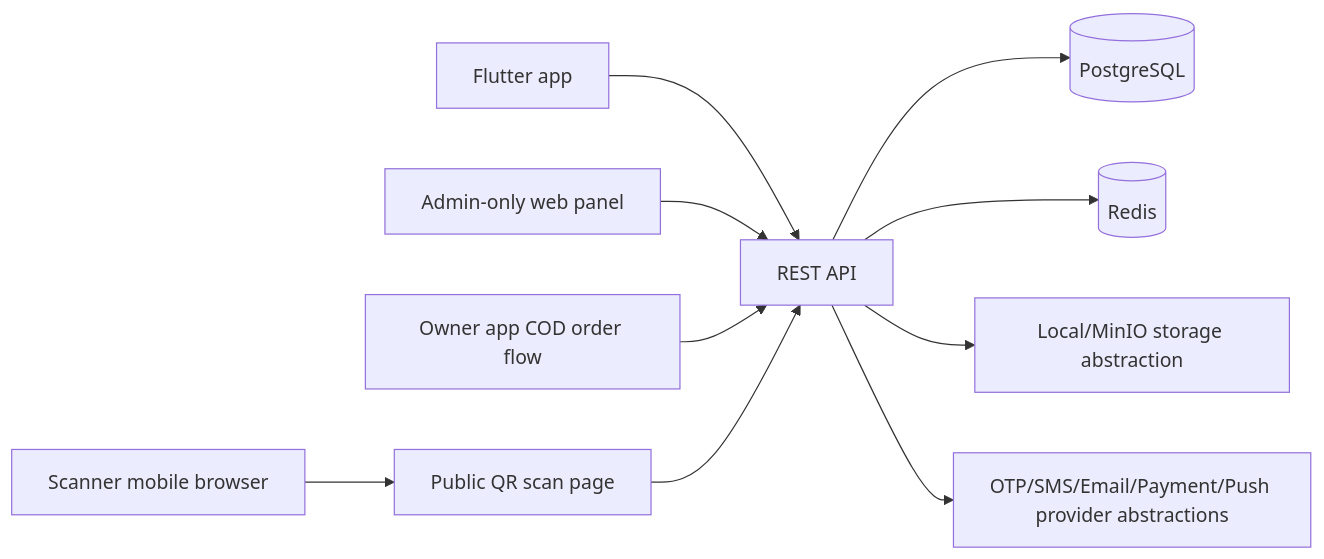
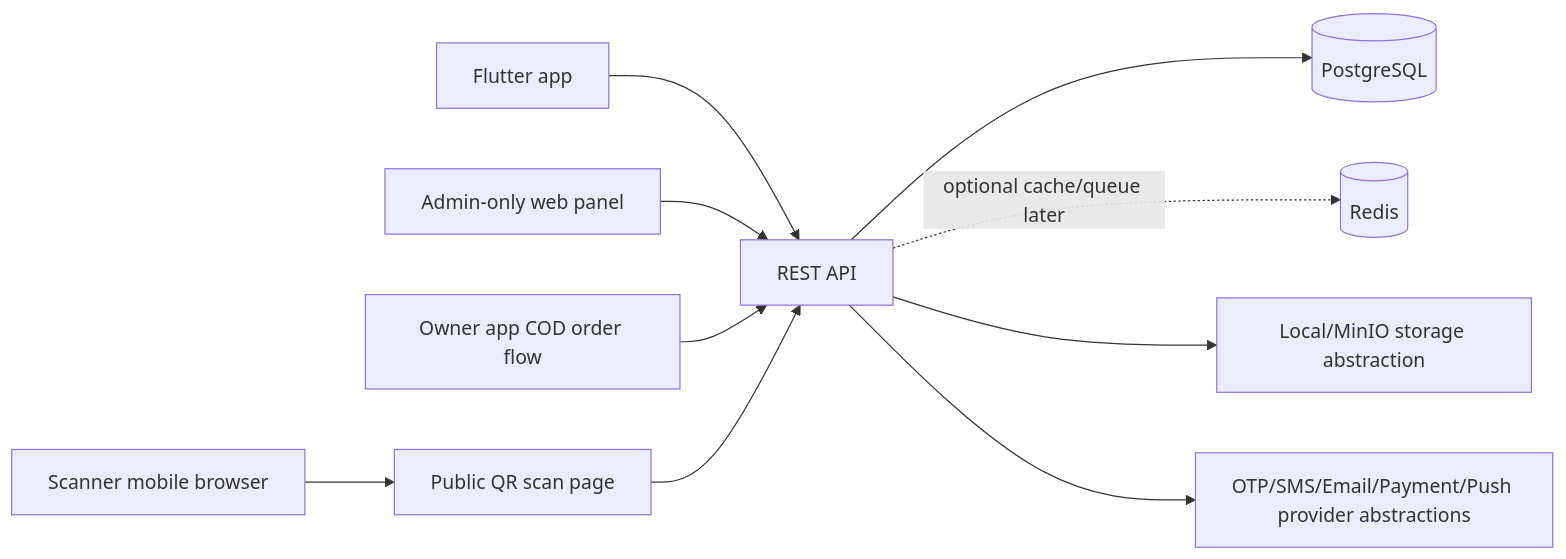
Before and after one commit to atiquehossain/scan_contact_bd: the first of 3 diagrams in docs/ARCHITECTURE.md, drawn with Mermaid. The commit also changed other lines of this file and 77 other files, not shown here.

````diff
--- a/docs/ARCHITECTURE.md
+++ b/docs/ARCHITECTURE.md
@@ -7,12 +7,12 @@
 ```mermaid
 flowchart LR
   Scanner["Scanner mobile browser"] --> ScanPage["Public QR scan page"]
   OwnerApp["Flutter app"] --> API
   Admin["Admin-only web panel"] --> API["REST API"]
   OwnerShop["Owner app COD order flow"] --> API
   ScanPage --> API
   API --> DB[(PostgreSQL)]
-  API --> Redis[(Redis)]
+  API -. "optional cache/queue later" .-> Redis[(Redis)]
   API --> Storage["Local/MinIO storage abstraction"]
   API --> Providers["OTP/SMS/Email/Payment/Push provider abstractions"]
 ```
````
